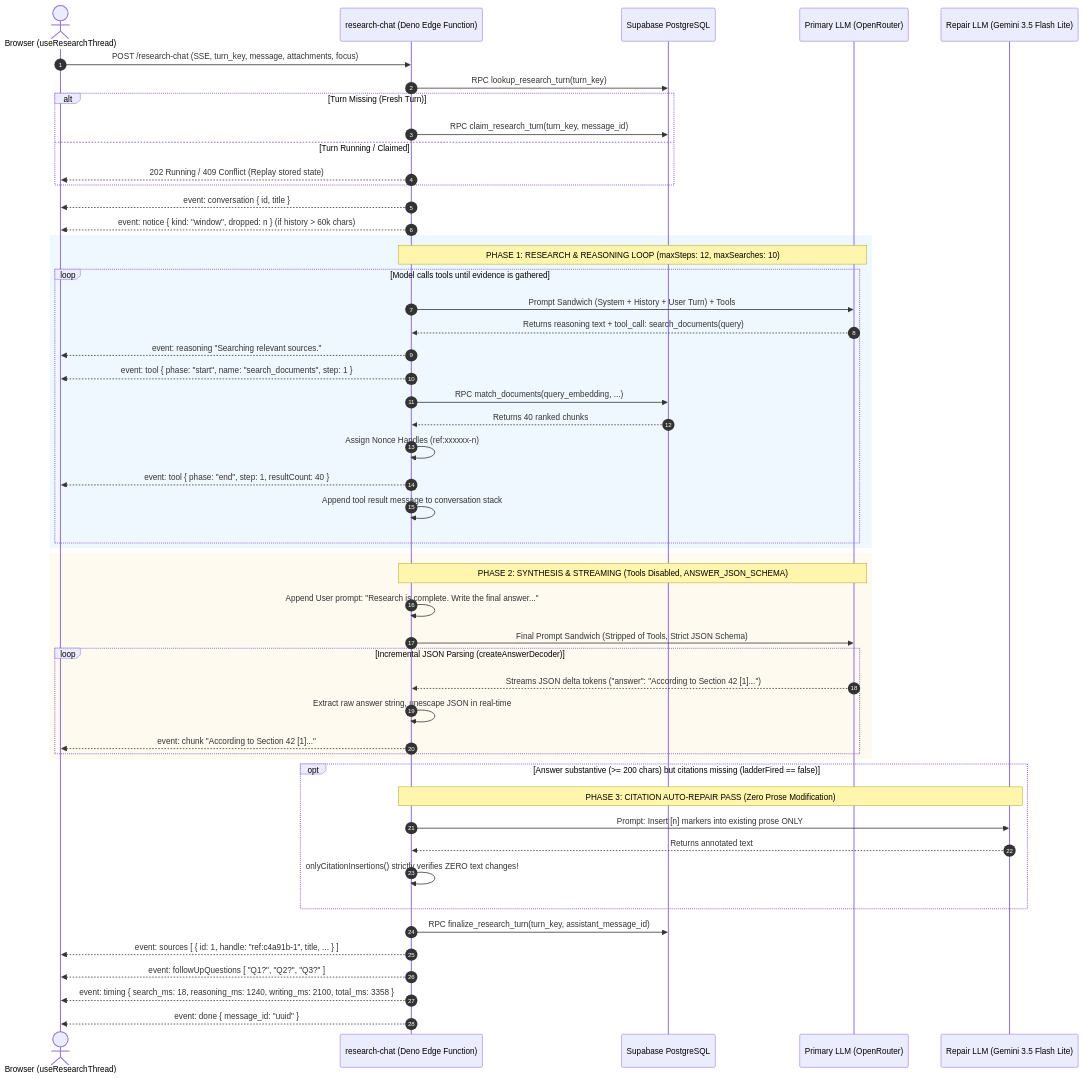
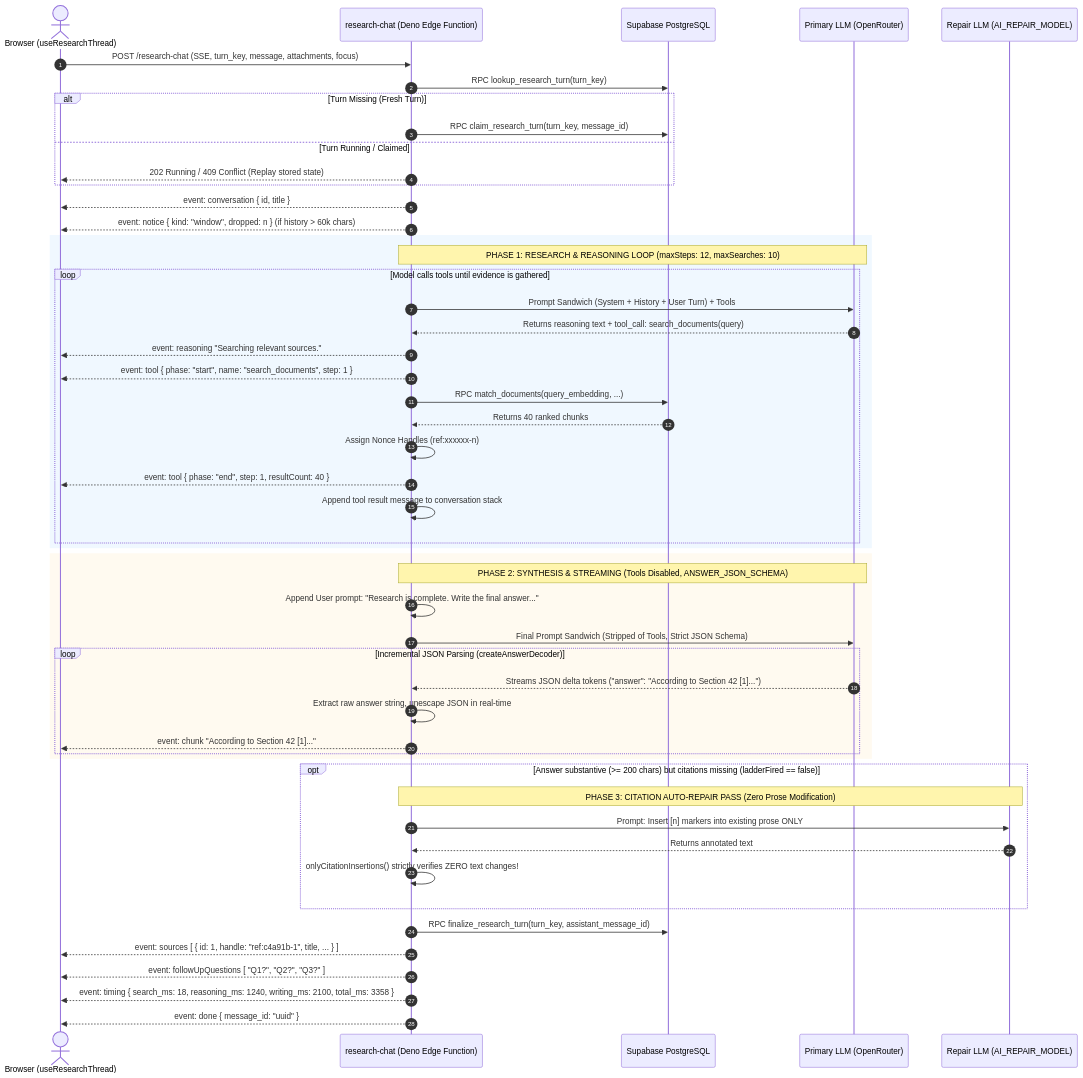
The first of 3 diagrams in docs/Architectures/04-prompt-sandwich-and-agent-engine.md (ddllabs/niyantran), drawn with Mermaid before and after one commit. The commit also changed other lines of this file and 11 other files, not shown here.

First line of the commit message:
docs: architecture and current-state docs match the code

````diff
--- a/docs/Architectures/04-prompt-sandwich-and-agent-engine.md
+++ b/docs/Architectures/04-prompt-sandwich-and-agent-engine.md
@@ -14,60 +14,60 @@
 ```mermaid
 sequenceDiagram
     autonumber
     actor Client as Browser (useResearchThread)
     participant Edge as research-chat (Deno Edge Function)
     participant DB as Supabase PostgreSQL
     participant LLM as Primary LLM (OpenRouter)
-    participant Repair as Repair LLM (Gemini 3.5 Flash Lite)
+    participant Repair as Repair LLM (AI_REPAIR_MODEL)
 
     Client->>Edge: POST /research-chat (SSE, turn_key, message, attachments, focus)
     Edge->>DB: RPC lookup_research_turn(turn_key)
     
     alt Turn Missing (Fresh Turn)
         Edge->>DB: RPC claim_research_turn(turn_key, message_id)
     else Turn Running / Claimed
         Edge-->>Client: 202 Running / 409 Conflict (Replay stored state)
     end
 
     Edge-->>Client: event: conversation { id, title }
     Edge-->>Client: event: notice { kind: "window", dropped: n } (if history > 60k chars)
 
     rect rgb(240, 248, 255)
         Note over Edge,LLM: PHASE 1: RESEARCH & REASONING LOOP (maxSteps: 12, maxSearches: 10)
         loop Model calls tools until evidence is gathered
             Edge->>LLM: Prompt Sandwich (System + History + User Turn) + Tools
             LLM-->>Edge: Returns reasoning text + tool_call: search_documents(query)
             Edge-->>Client: event: reasoning "Searching relevant sources."
             Edge-->>Client: event: tool { phase: "start", name: "search_documents", step: 1 }
             Edge->>DB: RPC match_documents(query_embedding, ...)
             DB-->>Edge: Returns 40 ranked chunks
             Edge->>Edge: Assign Nonce Handles (ref:xxxxxx-n)
             Edge-->>Client: event: tool { phase: "end", step: 1, resultCount: 40 }
             Edge->>Edge: Append tool result message to conversation stack
         end
     end
 
     rect rgb(255, 250, 240)
         Note over Edge,LLM: PHASE 2: SYNTHESIS & STREAMING (Tools Disabled, ANSWER_JSON_SCHEMA)
         Edge->>Edge: Append User prompt: "Research is complete. Write the final answer..."
         Edge->>LLM: Final Prompt Sandwich (Stripped of Tools, Strict JSON Schema)
         loop Incremental JSON Parsing (createAnswerDecoder)
             LLM-->>Edge: Streams JSON delta tokens ("answer": "According to Section 42 [1]...")
             Edge->>Edge: Extract raw answer string, unescape JSON in real-time
             Edge-->>Client: event: chunk "According to Section 42 [1]..."
         end
     end
 
     opt Answer substantive (>= 200 chars) but citations missing (ladderFired == false)
         Note over Edge,Repair: PHASE 3: CITATION AUTO-REPAIR PASS (Zero Prose Modification)
         Edge->>Repair: Prompt: Insert [n] markers into existing prose ONLY
         Repair-->>Edge: Returns annotated text
         Edge->>Edge: onlyCitationInsertions() strictly verifies ZERO text changes!
     end
 
     Edge->>DB: RPC finalize_research_turn(turn_key, assistant_message_id)
     Edge-->>Client: event: sources [ { id: 1, handle: "ref:c4a91b-1", title, ... } ]
     Edge-->>Client: event: followUpQuestions [ "Q1?", "Q2?", "Q3?" ]
     Edge-->>Client: event: timing { search_ms: 18, reasoning_ms: 1240, writing_ms: 2100, total_ms: 3358 }
     Edge-->>Client: event: done { message_id: "uuid" }
 ```
````
